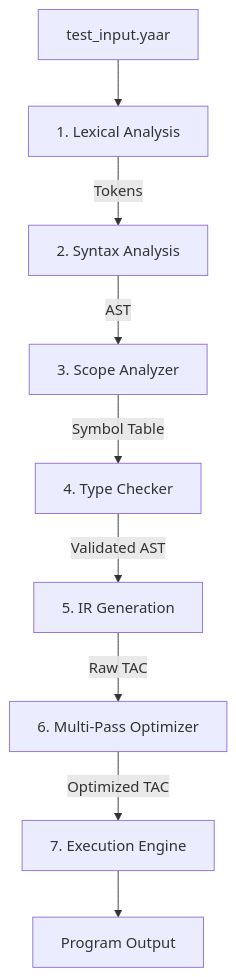
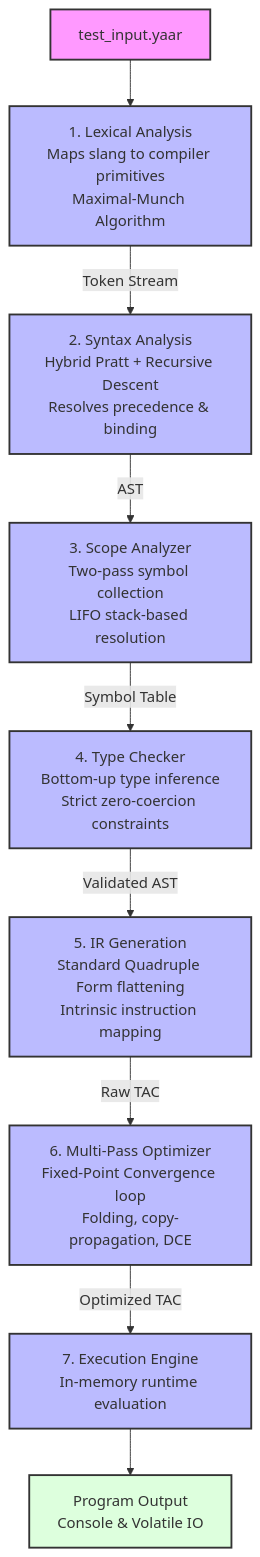
Before and after one commit to BazilSuhail/YaarScript: the diagram in README.md, drawn with Mermaid. The commit also changed other lines of this file, not shown here.

Commit message:
docs: Update README `with detailed features, repository structure, architectural descriptions, and updated build/run instructions`

````diff
--- a/README.md
+++ b/README.md
@@ -22,11 +63,15 @@
 ```mermaid
 graph TD
-    Source[test_input.yaar] --> Lexer[1. Lexical Analysis]
-    Lexer -->|Tokens| Parser[2. Syntax Analysis]
-    Parser -->|AST| Scope[3. Scope Analyzer]
-    Scope -->|Symbol Table| Type[4. Type Checker]
-    Type -->|Validated AST| TAC[5. IR Generation]
-    TAC -->|Raw TAC| Opt[6. Multi-Pass Optimizer]
-    Opt -->|Optimized TAC| Exec[7. Execution Engine]
-    Exec --> Output[Program Output]
+    classDef file fill:#f9f,stroke:#333,stroke-width:2px;
+    classDef phase fill:#bbf,stroke:#333,stroke-width:2px;
+    classDef data fill:#dfd,stroke:#333,stroke-width:2px;
+
+    Source[test_input.yaar]:::file --> Lexer[1. Lexical Analysis<br/>Maps slang to compiler primitives<br/>Maximal-Munch Algorithm]:::phase
+    Lexer -->|Token Stream| Parser[2. Syntax Analysis<br/>Hybrid Pratt + Recursive Descent<br/>Resolves precedence & binding]:::phase
+    Parser -->|AST| Scope[3. Scope Analyzer<br/>Two-pass symbol collection<br/>LIFO stack-based resolution]:::phase
+    Scope -->|Symbol Table| Type[4. Type Checker<br/>Bottom-up type inference<br/>Strict zero-coercion constraints]:::phase
+    Type -->|Validated AST| TAC[5. IR Generation<br/>Standard Quadruple Form flattening<br/>Intrinsic instruction mapping]:::phase
+    TAC -->|Raw TAC| Opt[6. Multi-Pass Optimizer<br/>Fixed-Point Convergence loop<br/>Folding, copy-propagation, DCE]:::phase
+    Opt -->|Optimized TAC| Exec[7. Execution Engine<br/>In-memory runtime evaluation]:::phase
+    Exec --> Output[Program Output<br/>Console & Volatile IO]:::data
 ```
````
